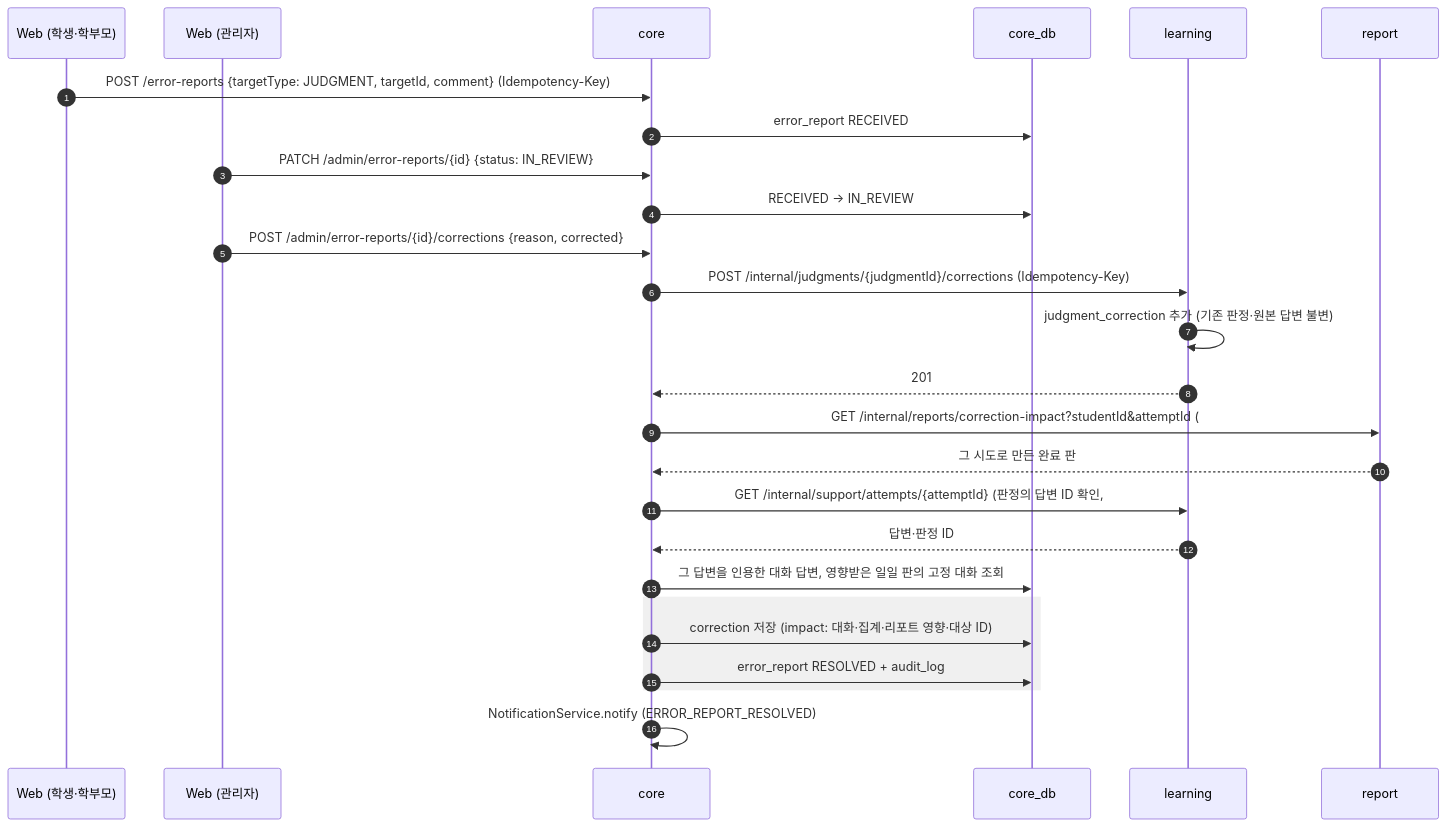
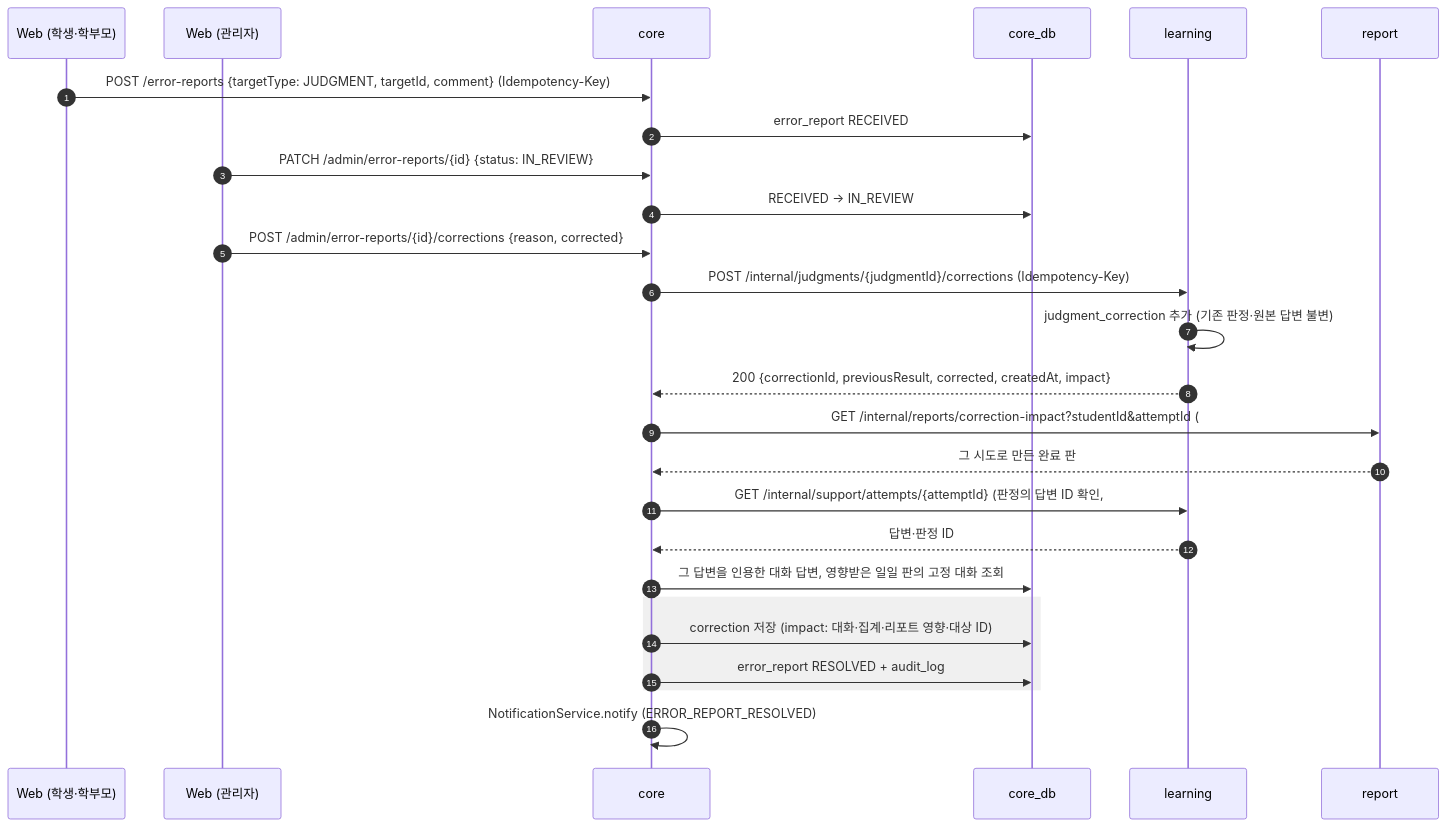
Before and after one commit to SKNETWORKS-FAMILY-AICAMP/SKN34-FINAL-3TEAM: diagram 32 of 36 in docs/design/sequence-diagram.md, drawn with Mermaid. The commit also changed other lines of this file and 22 other files, not shown here.

````diff
--- a/docs/design/sequence-diagram.md
+++ b/docs/design/sequence-diagram.md
@@ -1342,29 +1342,29 @@
 ```mermaid
 sequenceDiagram
   autonumber
   participant W as Web (학생·학부모)
   participant AW as Web (관리자)
   participant C as core
   participant DB as core_db
   participant L as learning
   participant R as report
 
   W->>C: POST /error-reports {targetType: JUDGMENT, targetId, comment} (Idempotency-Key)
   C->>DB: error_report RECEIVED
   AW->>C: PATCH /admin/error-reports/{id} {status: IN_REVIEW}
   C->>DB: RECEIVED → IN_REVIEW
   AW->>C: POST /admin/error-reports/{id}/corrections {reason, corrected}
   C->>L: POST /internal/judgments/{judgmentId}/corrections (Idempotency-Key)
   L->>L: judgment_correction 추가 (기존 판정·원본 답변 불변)
-  L-->>C: 201
+  L-->>C: 200 {correctionId, previousResult, corrected, createdAt, impact}
   C->>R: GET /internal/reports/correction-impact?studentId&attemptId (#244, 실패 시 UNKNOWN)
   R-->>C: 그 시도로 만든 완료 판
   C->>L: GET /internal/support/attempts/{attemptId} (판정의 답변 ID 확인, #244)
   L-->>C: 답변·판정 ID
   C->>DB: 그 답변을 인용한 대화 답변, 영향받은 일일 판의 고정 대화 조회
   rect rgba(128,128,128,0.12)
     C->>DB: correction 저장 (impact: 대화·집계·리포트 영향·대상 ID)
     C->>DB: error_report RESOLVED + audit_log
   end
   C->>C: NotificationService.notify (ERROR_REPORT_RESOLVED)
 ```
````
